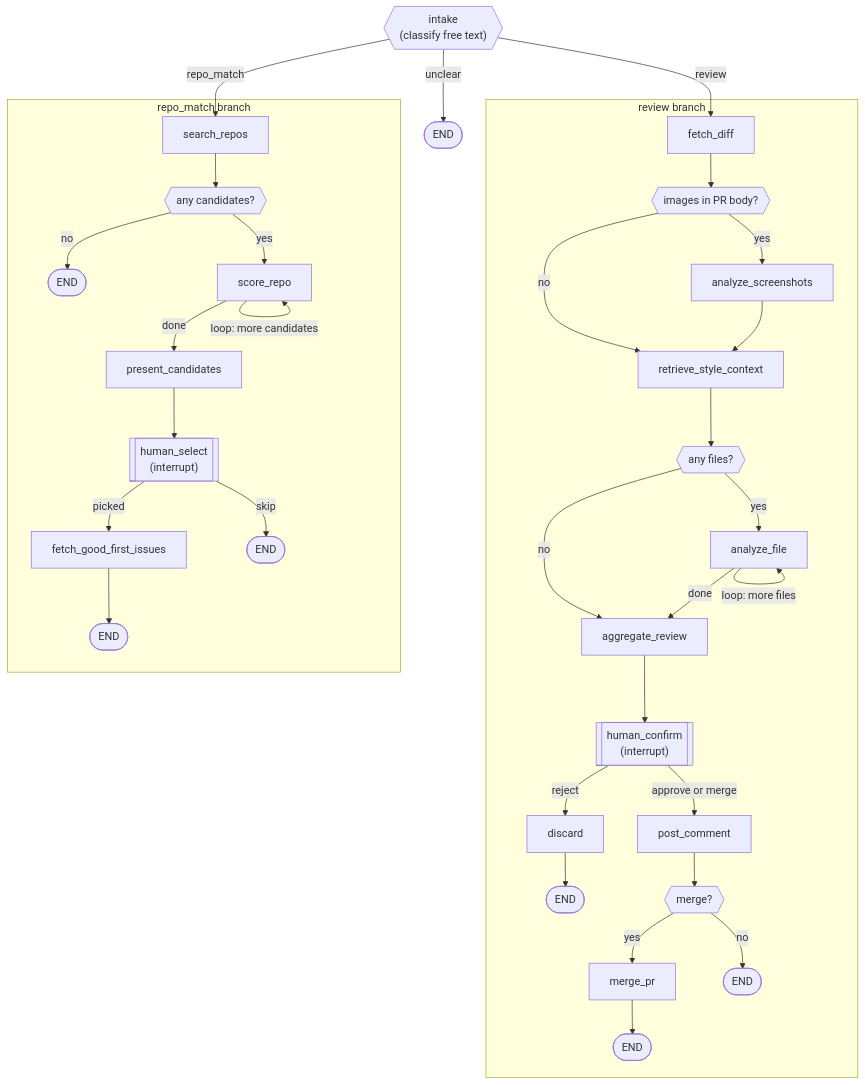
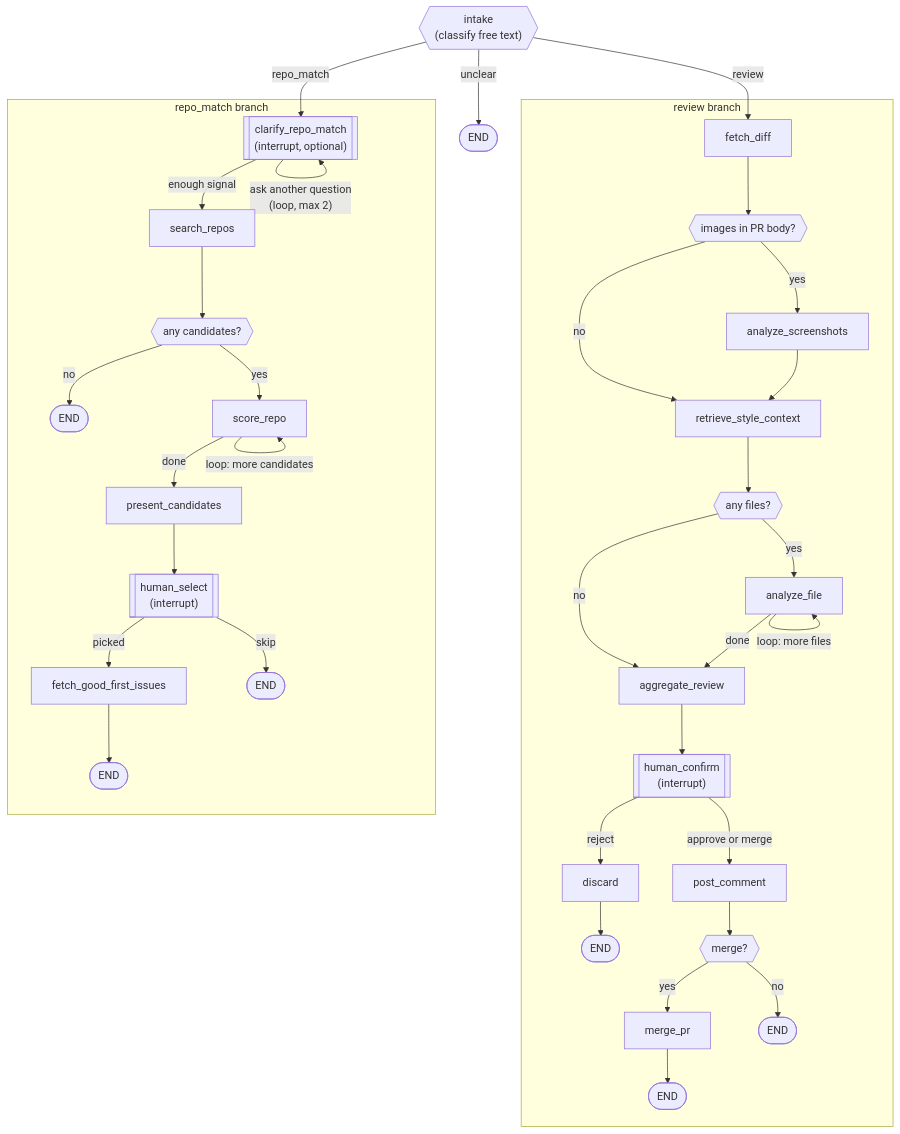
The second of 2 diagrams in ARCHITECTURE.md (Dantes19xx/oss_copilot), drawn with Mermaid before and after one commit. The commit also changed other lines of this file and 18 other files, not shown here.

````diff
--- a/ARCHITECTURE.md
+++ b/ARCHITECTURE.md
@@ -112,34 +112,37 @@
 ```mermaid
 flowchart TB
     intake{{"intake<br/>(classify free text)"}}
     intake -->|review| fetch_diff
-    intake -->|repo_match| search_repos
+    intake -->|repo_match| clarify_repo_match
     intake -->|unclear| END1(["END"])
 
     subgraph "review branch"
         fetch_diff --> route1{{"images in PR body?"}}
         route1 -->|yes| analyze_screenshots --> retrieve_style_context
         route1 -->|no| retrieve_style_context
         retrieve_style_context --> route2{{"any files?"}}
         route2 -->|yes| analyze_file
         analyze_file -->|"loop: more files"| analyze_file
         analyze_file -->|done| aggregate_review
         route2 -->|no| aggregate_review
         aggregate_review --> human_confirm[["human_confirm<br/>(interrupt)"]]
         human_confirm -->|approve or merge| post_comment
         human_confirm -->|reject| discard --> END3(["END"])
         post_comment --> mergeRoute{{"merge?"}}
         mergeRoute -->|yes| merge_pr --> END7(["END"])
         mergeRoute -->|no| END2(["END"])
     end
 
     subgraph "repo_match branch"
+        clarify_repo_match[["clarify_repo_match<br/>(interrupt, optional)"]]
+        clarify_repo_match -->|"ask another question<br/>(loop, max 2)"| clarify_repo_match
+        clarify_repo_match -->|"enough signal"| search_repos
         search_repos --> route3{{"any candidates?"}}
         route3 -->|no| END4(["END"])
         route3 -->|yes| score_repo
         score_repo -->|"loop: more candidates"| score_repo
         score_repo -->|done| present_candidates --> human_select[["human_select<br/>(interrupt)"]]
         human_select -->|picked| fetch_good_first_issues --> END5(["END"])
         human_select -->|skip| END6(["END"])
     end
 ```
````
